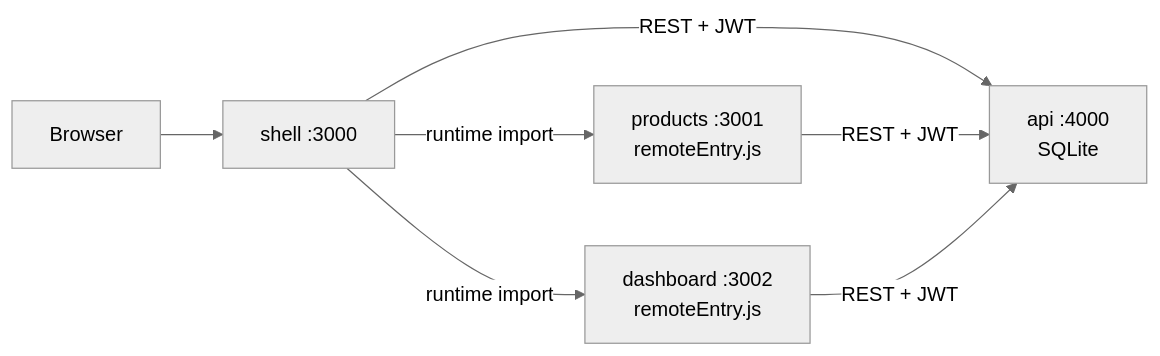
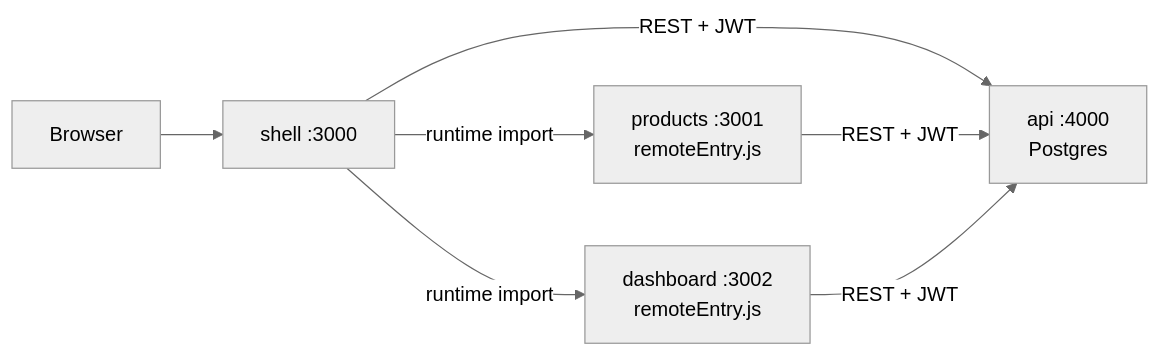
One commit to sotream/mfe-lab changed the diagram in docs/rfc/0001-module-federation-for-frontend.md. Above: the diagram before and after it, drawn with Mermaid (neutral theme). The commit also changed 47 other files, not shown here.

First line of the commit message:
feat(api): move the database to Postgres (#40)

````diff
--- a/docs/rfc/0001-module-federation-for-frontend.md
+++ b/docs/rfc/0001-module-federation-for-frontend.md
@@ -25,7 +25,7 @@
 ```mermaid
 flowchart LR
   B[Browser] --> S[shell :3000]
   S -- runtime import --> P[products :3001<br/>remoteEntry.js]
   S -- runtime import --> D[dashboard :3002<br/>remoteEntry.js]
-  S & P & D -- REST + JWT --> A[api :4000<br/>SQLite]
+  S & P & D -- REST + JWT --> A[api :4000<br/>Postgres]
 ```
````
